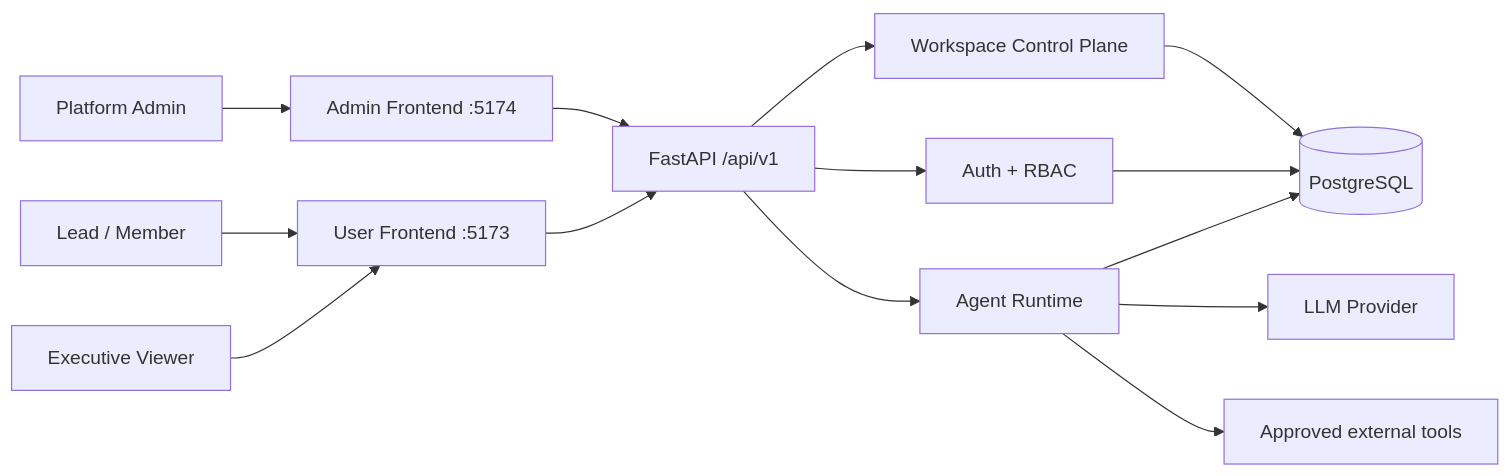
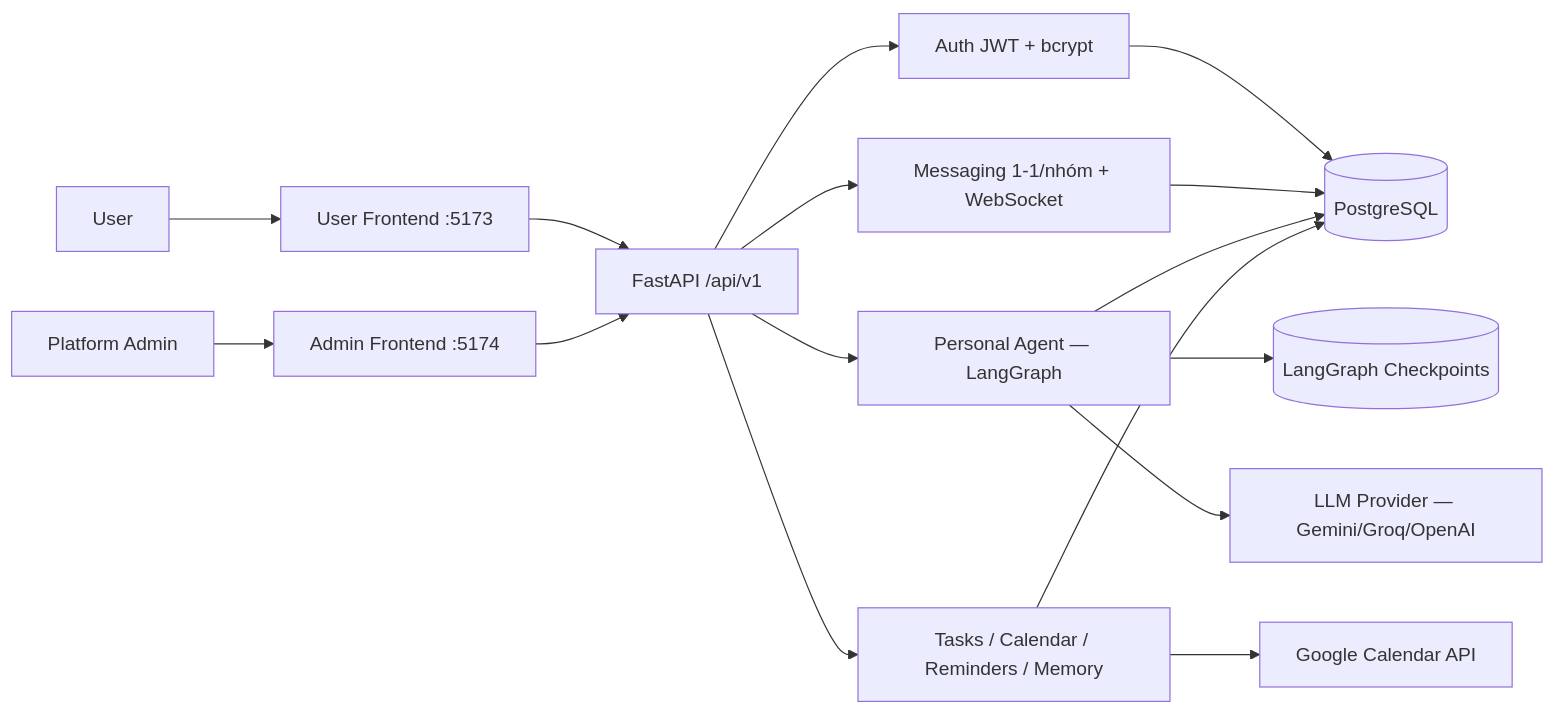
Before and after one commit to vanTanIsReal/copy_build_phase: the diagram in docs/ARCHITECTURE.md, drawn with Mermaid. The commit also changed other lines of this file and 131 other files, not shown here.

````diff
--- a/docs/ARCHITECTURE.md
+++ b/docs/ARCHITECTURE.md
@@ -42,19 +26,21 @@
 ```mermaid
 flowchart LR
+    User[User] --> UFE[User Frontend :5173]
     Admin[Platform Admin] --> AFE[Admin Frontend :5174]
-    Staff[Lead / Member] --> UFE[User Frontend :5173]
-    Director[Executive Viewer] --> UFE
 
-    AFE --> API[FastAPI /api/v1]
-    UFE --> API
+    UFE --> API[FastAPI /api/v1]
+    AFE --> API
 
-    API --> AUTH[Auth + RBAC]
-    API --> CP[Workspace Control Plane]
-    API --> AR[Agent Runtime]
+    API --> AUTH[Auth JWT + bcrypt]
+    API --> CHAT[Messaging 1-1/nhóm + WebSocket]
+    API --> AGENT[Personal Agent — LangGraph]
+    API --> DOMAIN[Tasks / Calendar / Reminders / Memory]
 
-    CP --> PG[(PostgreSQL)]
-    AUTH --> PG
-    AR --> PG
-    AR --> LLM[LLM Provider]
-    AR --> EXT[Approved external tools]
+    AUTH --> PG[(PostgreSQL)]
+    CHAT --> PG
+    AGENT --> PG
+    AGENT --> CP[(LangGraph Checkpoints)]
+    AGENT --> LLM[LLM Provider — Gemini/Groq/OpenAI]
+    DOMAIN --> PG
+    DOMAIN --> GCAL[Google Calendar API]
 ```
````
